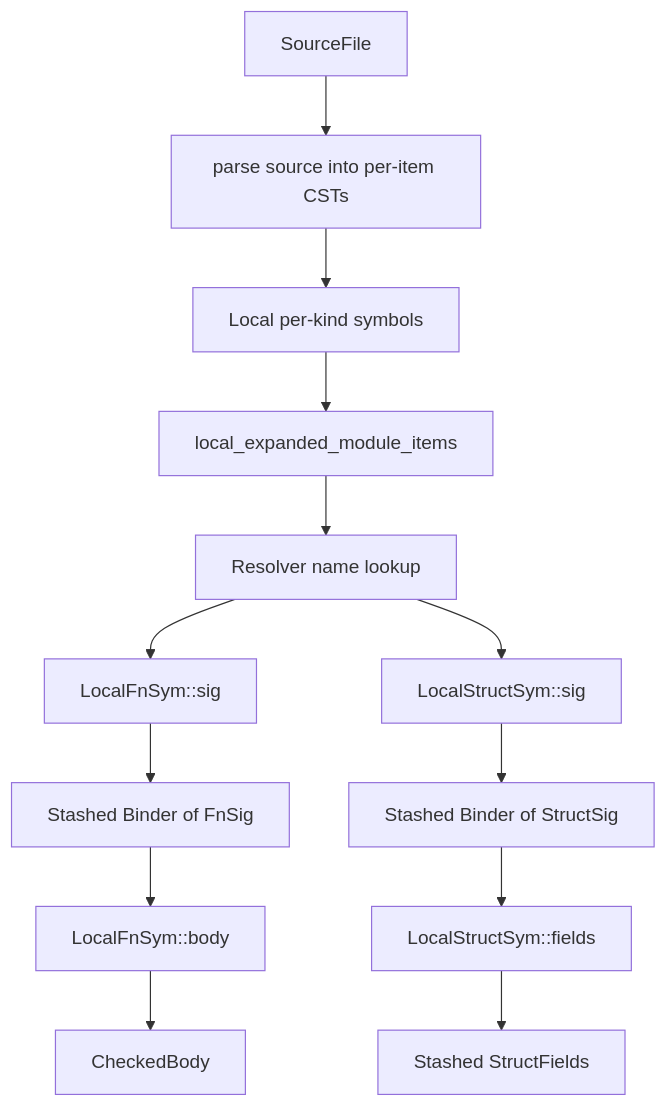
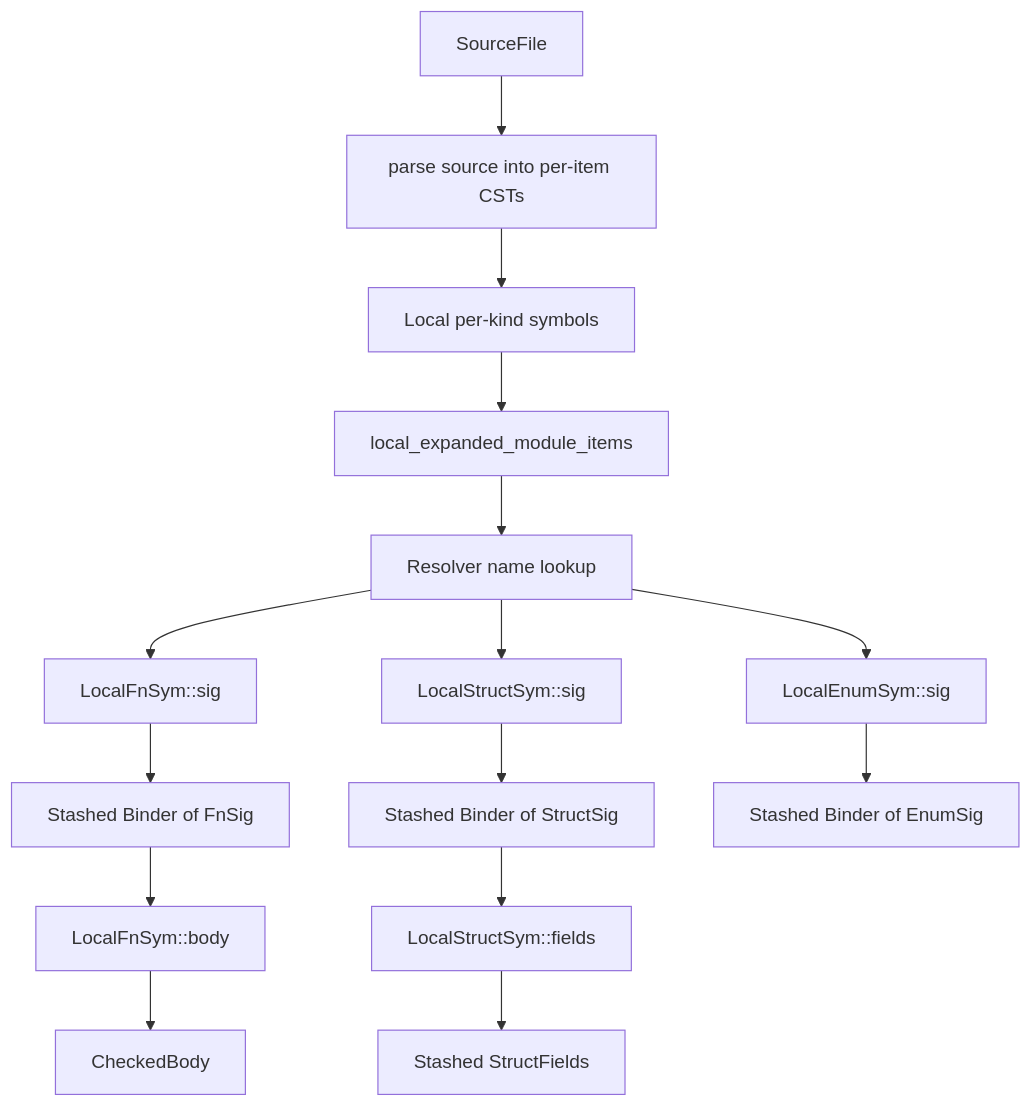
Before and after one commit to nikomatsakis/sage-dev: the first of 2 diagrams in md/design/architecture.md, drawn with Mermaid. The commit also changed other lines of this file and 46 other files, not shown here.

````diff
--- a/md/design/architecture.md
+++ b/md/design/architecture.md
@@ -73,15 +83,17 @@
 ```mermaid
 flowchart TD
     Source[SourceFile] --> Parse[parse source into per-item CSTs]
     Parse --> Symbols[Local per-kind symbols]
     Symbols --> Expanded[local_expanded_module_items]
     Expanded --> Resolve[Resolver name lookup]
     Resolve --> FnSig[LocalFnSym::sig]
     Resolve --> StructSig[LocalStructSym::sig]
+    Resolve --> EnumSig[LocalEnumSym::sig]
     FnSig --> FnBinder[Stashed Binder of FnSig]
     StructSig --> StructBinder[Stashed Binder of StructSig]
+    EnumSig --> EnumBinder[Stashed Binder of EnumSig]
     FnBinder --> FnBody[LocalFnSym::body]
     StructBinder --> Fields[LocalStructSym::fields]
     FnBody --> Checked[CheckedBody]
     Fields --> StructFields[Stashed StructFields]
 ```
````
